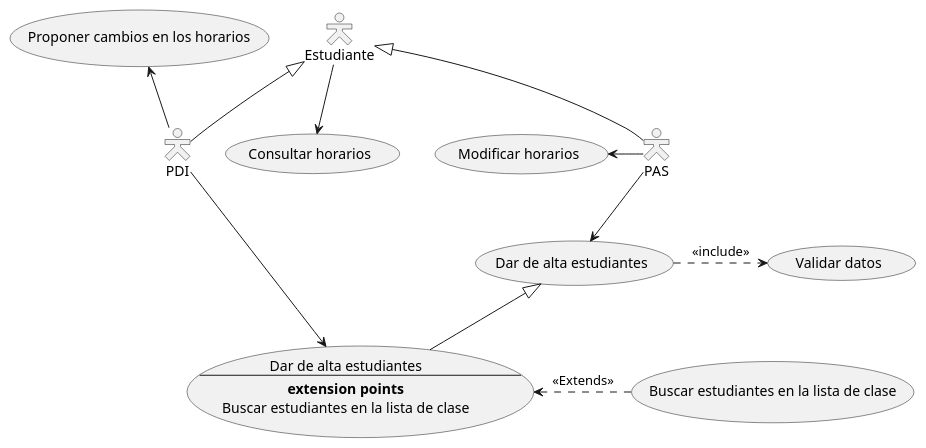
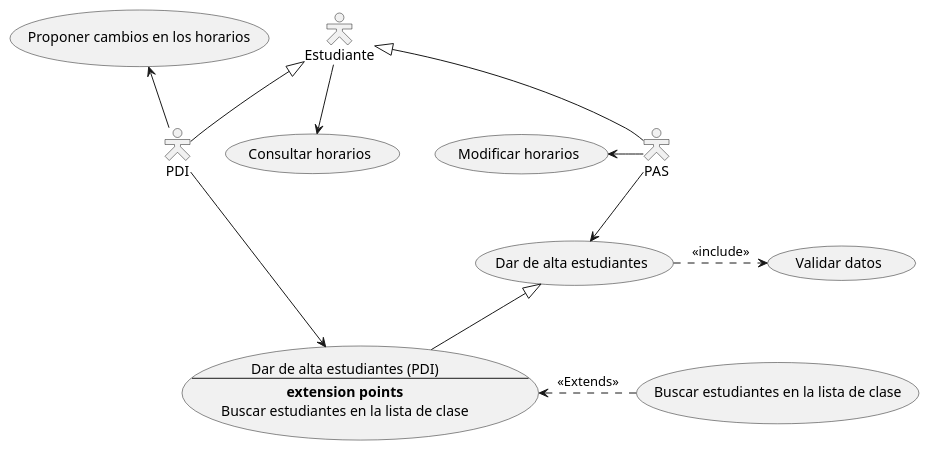
The diagram in lab0/src/horarios.puml (it557/INRE-UAL-BLANCO-2022), drawn with PlantUML before and after one commit. The commit also changed 2 other files, not shown here.

```diff
--- a/lab0/src/horarios.puml
+++ b/lab0/src/horarios.puml
@@ -1,17 +1,17 @@
 @startuml	
 skinparam actorStyle Hollow
 :Estudiante: --> (Consultar horarios)
 :PDI: -up-> (Proponer cambios en los horarios)
 :PAS: -left-> (Modificar horarios)
 :PAS: -down-> (Dar de alta estudiantes)
 Estudiante <|-- PAS
 Estudiante <|-- PDI
 :Dar de alta estudiantes: .right.>(Validar datos) : <<include>>
-usecase UC1 as "Dar de alta estudiantes
+usecase UC1 as "Dar de alta estudiantes (PDI)
 --
 **extension points**
 Buscar estudiantes en la lista de clase"
 :PDI: --> (UC1)
 (Buscar estudiantes en la lista de clase) .left.> (UC1) : <<Extends>>
 (Dar de alta estudiantes) <|-- UC1
 @enduml
```
